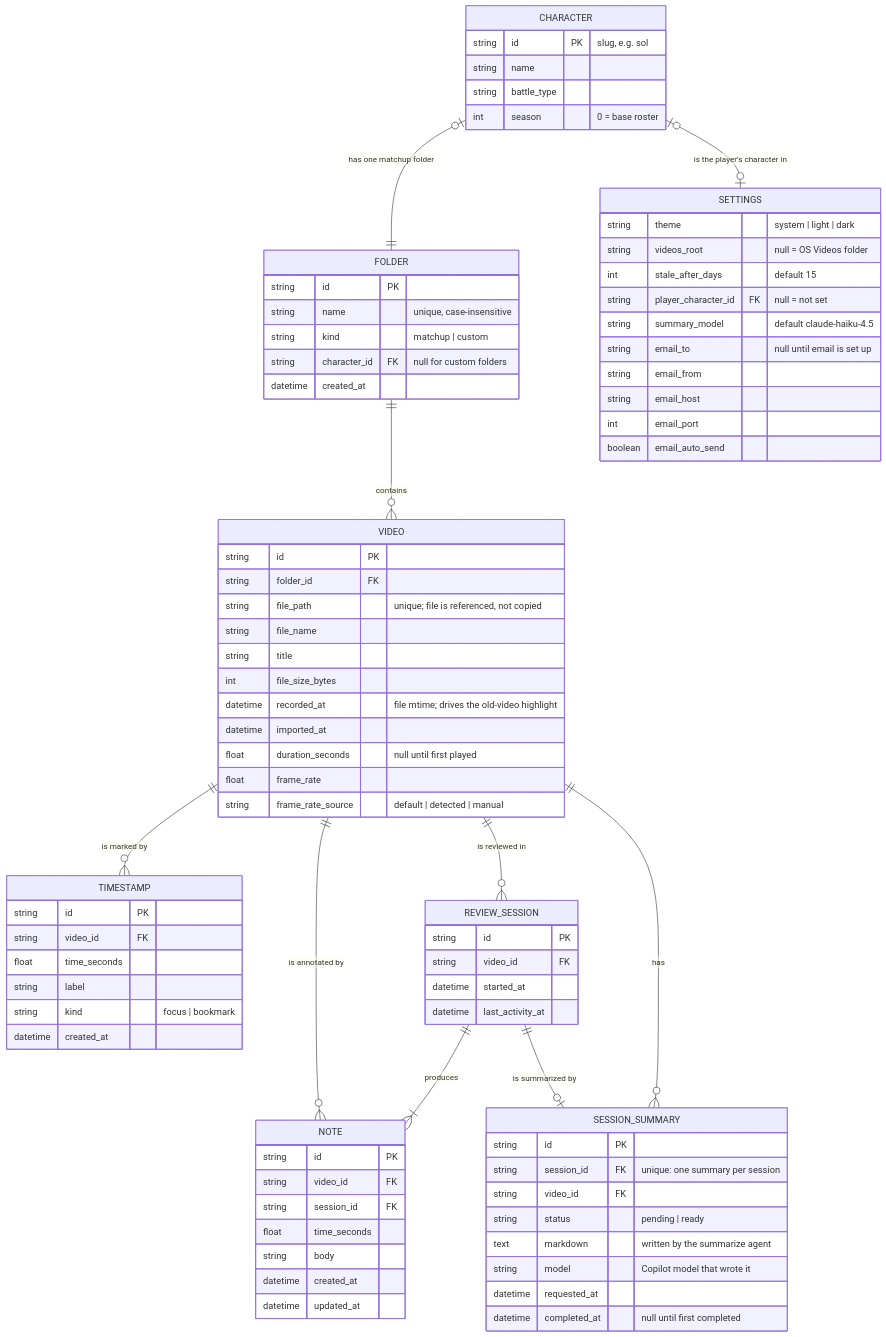
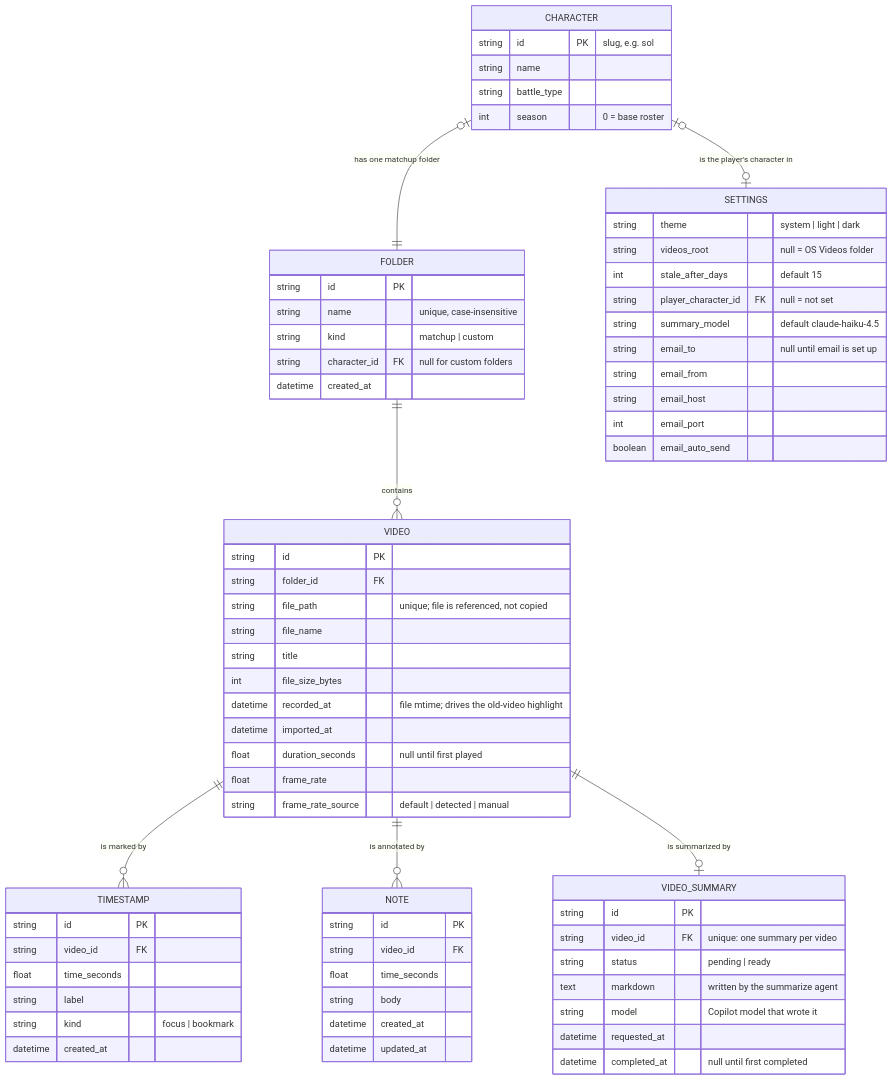
The diagram in docs/data-model.md (cynic04/vod-reviewer), drawn with Mermaid before and after one commit. The commit also changed other lines of this file and 11 other files, not shown here.

Commit message:
docs: ADR 0013 (notes per video), data model, README; release 0.5.0

```diff
--- a/docs/data-model.md
+++ b/docs/data-model.md
@@ -18,11 +18,8 @@
     CHARACTER |o--|| FOLDER : "has one matchup folder"
     FOLDER ||--o{ VIDEO : "contains"
     VIDEO ||--o{ TIMESTAMP : "is marked by"
-    VIDEO ||--o{ REVIEW_SESSION : "is reviewed in"
     VIDEO ||--o{ NOTE : "is annotated by"
-    REVIEW_SESSION ||--|{ NOTE : "produces"
-    REVIEW_SESSION ||--o| SESSION_SUMMARY : "is summarized by"
-    VIDEO ||--o{ SESSION_SUMMARY : "has"
+    VIDEO ||--o| VIDEO_SUMMARY : "is summarized by"
     CHARACTER |o--o| SETTINGS : "is the player's character in"
 
     CHARACTER {
@@ -59,25 +56,18 @@
         string kind "focus | bookmark"
         datetime created_at
     }
-    REVIEW_SESSION {
-        string id PK
-        string video_id FK
-        datetime started_at
-        datetime last_activity_at
-    }
+
     NOTE {
         string id PK
         string video_id FK
-        string session_id FK
         float time_seconds
         string body
         datetime created_at
         datetime updated_at
     }
-    SESSION_SUMMARY {
+    VIDEO_SUMMARY {
         string id PK
-        string session_id FK "unique: one summary per session"
-        string video_id FK
+        string video_id FK "unique: one summary per video"
         string status "pending | ready"
         text markdown "written by the summarize agent"
         string model "Copilot model that wrote it"
```
